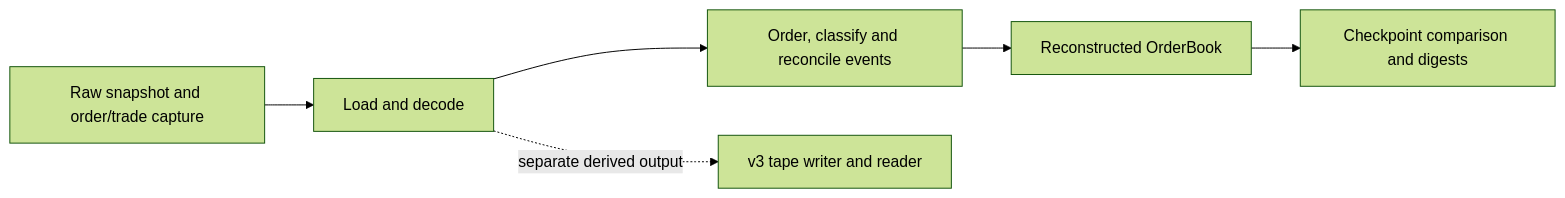
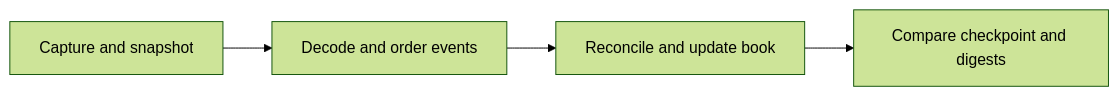
One commit to FuaadBashi/Trading-Engine changed the first of 3 diagrams in docs/project-progress-guide.md. Above: the diagram before and after it, drawn with Mermaid (forest theme). The commit also changed other lines of this file and 4 other files, not shown here.

````diff
--- a/docs/project-progress-guide.md
+++ b/docs/project-progress-guide.md
@@ -63,8 +48,6 @@
 ```mermaid
 flowchart LR
-    A[Raw snapshot and order/trade capture] --> B[Load and decode]
-    B --> C[Order, classify and reconcile events]
-    C --> D[Reconstructed OrderBook]
-    D --> E[Checkpoint comparison and digests]
-    B -. separate derived output .-> F[v3 tape writer and reader]
+    A[Capture and snapshot] --> B[Decode and order events]
+    B --> C[Reconcile and update book]
+    C --> D[Compare checkpoint and digests]
 ```
````
